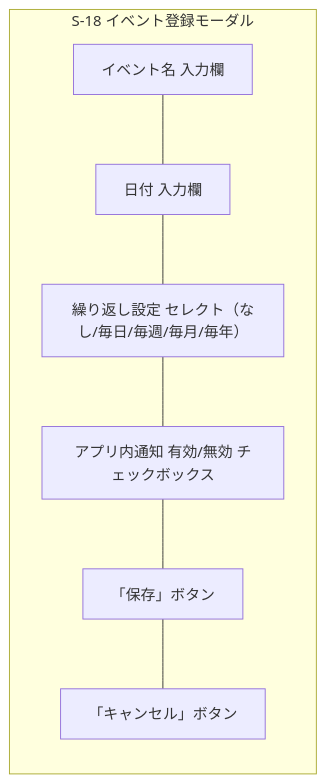
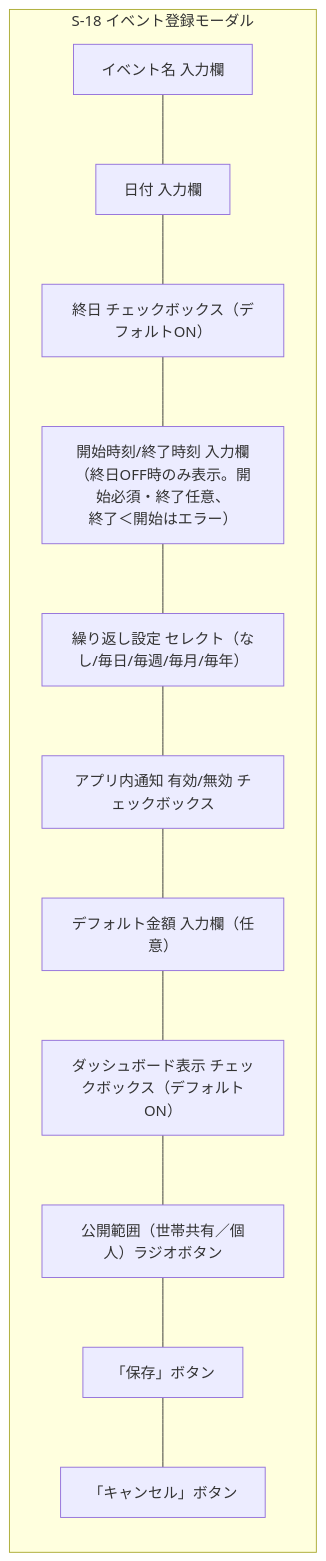
Diagram 16 of 18 in docs/details/wireframes.md (yamamotonaoki3/HomeLog), drawn with Mermaid before and after one commit. The commit also changed other lines of this file and 22 other files, not shown here.

````diff
--- a/docs/details/wireframes.md
+++ b/docs/details/wireframes.md
@@ -635,13 +694,18 @@
 ```mermaid
 flowchart TD
     subgraph Modal["S-18 イベント登録モーダル"]
         direction TB
         Name["イベント名 入力欄"]
         Date["日付 入力欄"]
+        AllDay["終日 チェックボックス（デフォルトON）"]
+        TimeFields["開始時刻/終了時刻 入力欄\n（終日OFF時のみ表示。開始必須・終了任意、\n終了＜開始はエラー）"]
         Recurrence["繰り返し設定 セレクト（なし/毎日/毎週/毎月/毎年）"]
         Notify["アプリ内通知 有効/無効 チェックボックス"]
+        DefaultAmount["デフォルト金額 入力欄（任意）"]
+        ShowOnDashboard["ダッシュボード表示 チェックボックス（デフォルトON）"]
+        Visibility["公開範囲（世帯共有／個人）ラジオボタン"]
         SaveBtn["「保存」ボタン"]
         CancelBtn["「キャンセル」ボタン"]
     end
-    Name --- Date --- Recurrence --- Notify --- SaveBtn --- CancelBtn
+    Name --- Date --- AllDay --- TimeFields --- Recurrence --- Notify --- DefaultAmount --- ShowOnDashboard --- Visibility --- SaveBtn --- CancelBtn
 ```
````
